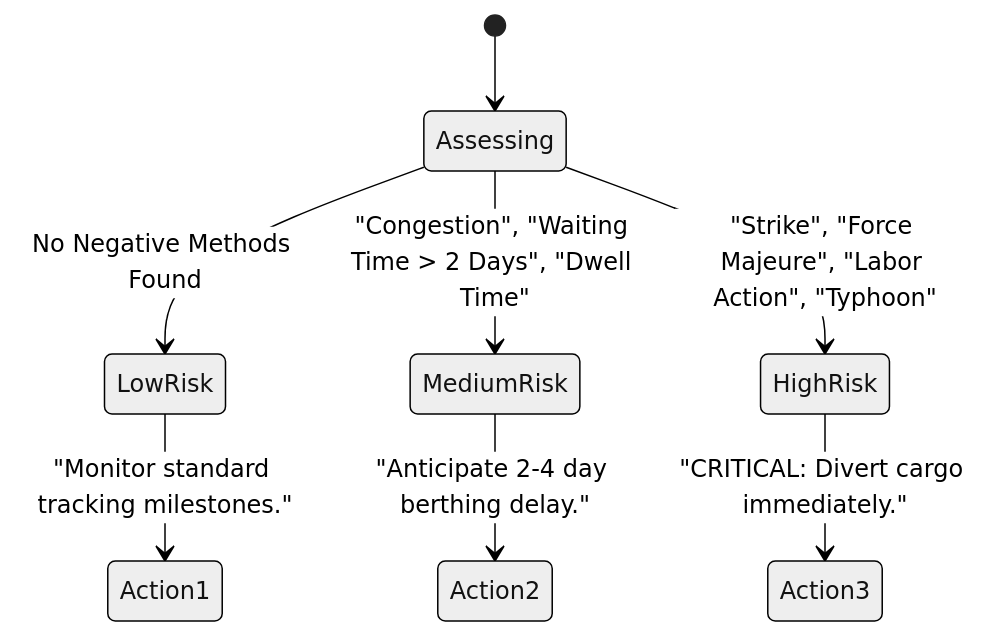
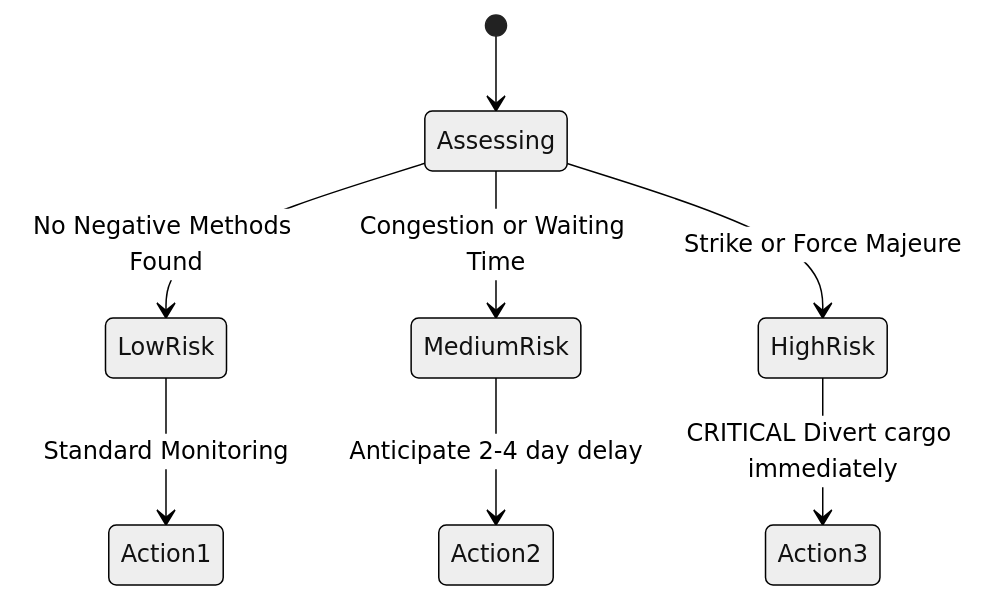
The third of 3 diagrams in README.md (MANASMATHUR/Inventory-agent), drawn with Mermaid (neutral theme) before and after one commit.

Commit message:
README Updates

````diff
--- a/README.md
+++ b/README.md
@@ -82,12 +82,12 @@
 ```mermaid
 stateDiagram-v2
     [*] --> Assessing
     
     Assessing --> LowRisk: No Negative Methods Found
-    Assessing --> MediumRisk: "Congestion", "Waiting Time > 2 Days", "Dwell Time"
-    Assessing --> HighRisk: "Strike", "Force Majeure", "Labor Action", "Typhoon"
+    Assessing --> MediumRisk: Congestion or Waiting Time
+    Assessing --> HighRisk: Strike or Force Majeure
     
-    LowRisk --> Action1: "Monitor standard tracking milestones."
-    MediumRisk --> Action2: "Anticipate 2-4 day berthing delay."
-    HighRisk --> Action3: "CRITICAL: Divert cargo immediately."
+    LowRisk --> Action1: Standard Monitoring
+    MediumRisk --> Action2: Anticipate 2-4 day delay
+    HighRisk --> Action3: CRITICAL Divert cargo immediately
 ```
````
